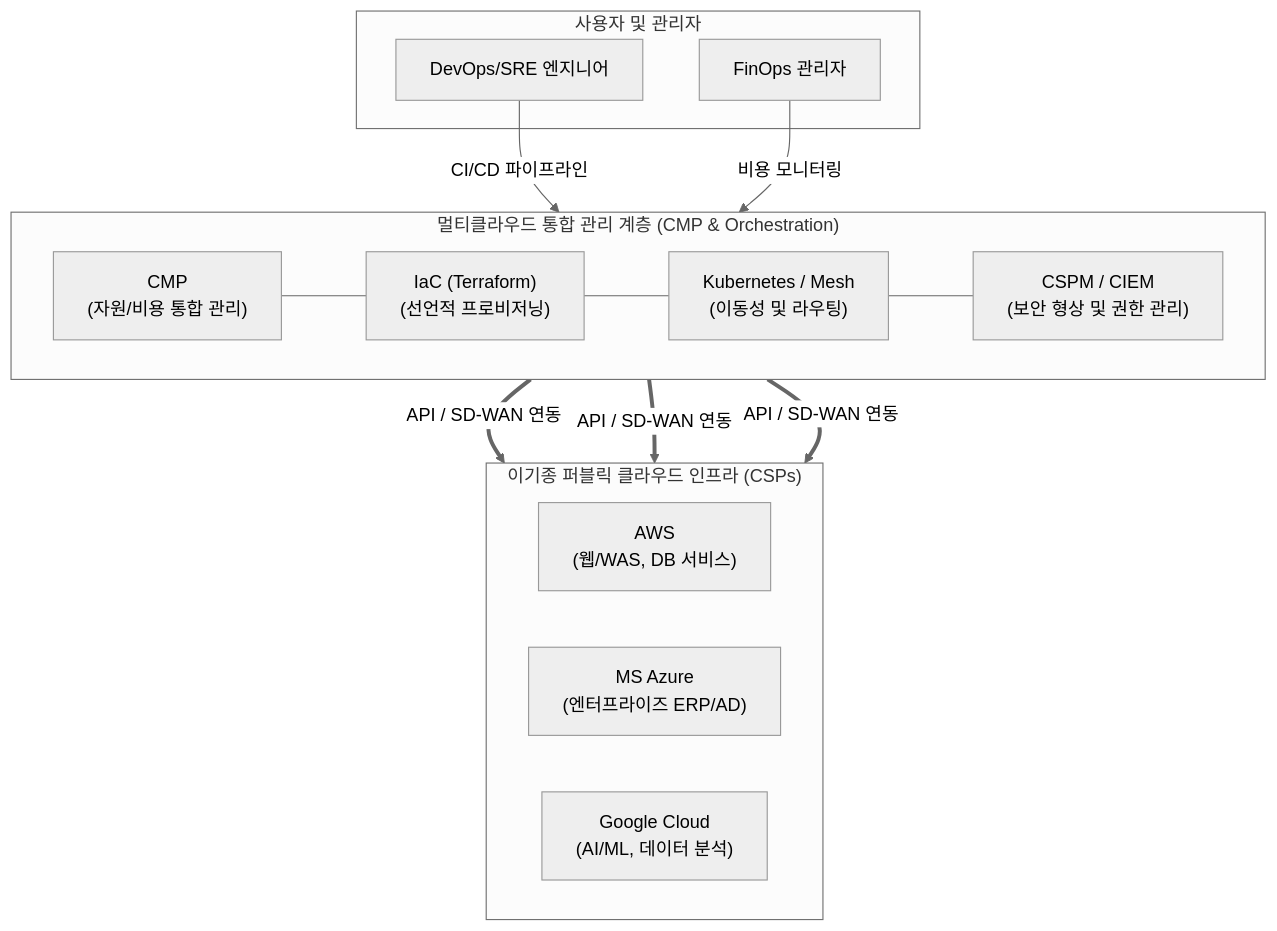
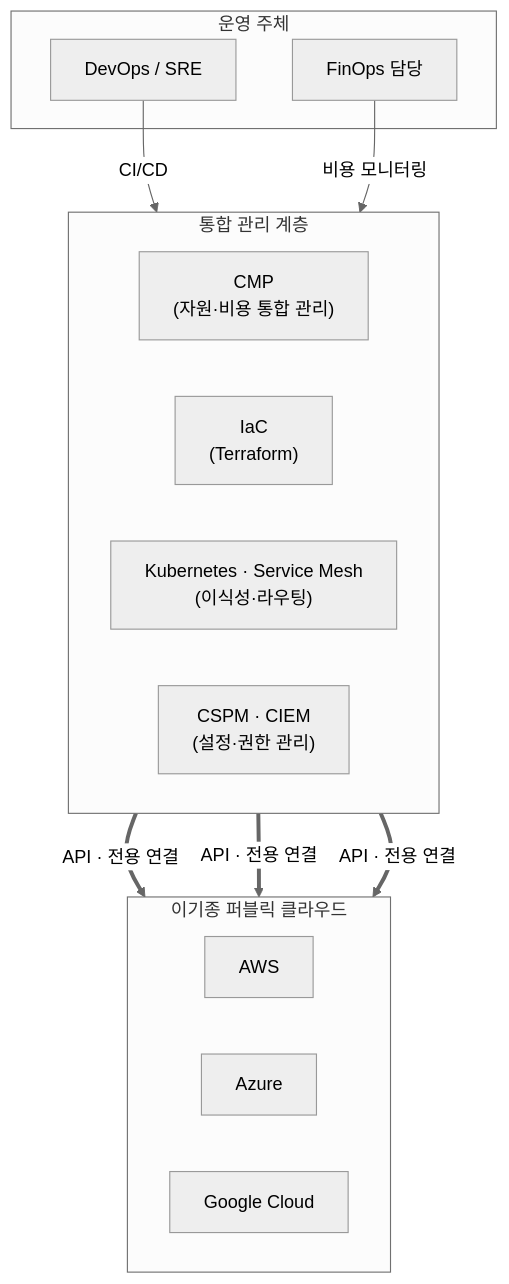
The diagram in content/01_IT Tech/멀티클라우드.md (supremethumb/supremethumb.github.io), drawn with Mermaid (neutral theme) before and after one commit. The commit also changed other lines of this file and 1087 other files, not shown here.

````diff
--- a/content/01_IT Tech/멀티클라우드.md
+++ b/content/01_IT Tech/멀티클라우드.md
@@ -27,34 +34,28 @@
 ```mermaid
 flowchart TB
-    subgraph Users["사용자 및 관리자"]
-        DEV["DevOps/SRE 엔지니어"]
-        FIN["FinOps 관리자"]
+    subgraph Users["운영 주체"]
+        DEV["DevOps / SRE"]
+        FIN["FinOps 담당"]
     end
 
-    subgraph Management["멀티클라우드 통합 관리 계층 (CMP & Orchestration)"]
+    subgraph Management["통합 관리 계층"]
         direction LR
-        CMP["CMP<br/>(자원/비용 통합 관리)"]
-        IaC["IaC (Terraform)<br/>(선언적 프로비저닝)"]
-        K8S["Kubernetes / Mesh<br/>(이동성 및 라우팅)"]
-        SEC["CSPM / CIEM<br/>(보안 형상 및 권한 관리)"]
-        
-        CMP --- IaC
-        IaC --- K8S
-        K8S --- SEC
+        CMP["CMP<br/>(자원·비용 통합 관리)"]
+        IaC["IaC<br/>(Terraform)"]
+        K8S["Kubernetes · Service Mesh<br/>(이식성·라우팅)"]
+        SEC["CSPM · CIEM<br/>(설정·권한 관리)"]
     end
 
-    subgraph Infrastructure["이기종 퍼블릭 클라우드 인프라 (CSPs)"]
+    subgraph Infrastructure["이기종 퍼블릭 클라우드"]
         direction LR
-        AWS["AWS<br/>(웹/WAS, DB 서비스)"]
-        AZURE["MS Azure<br/>(엔터프라이즈 ERP/AD)"]
-        GCP["Google Cloud<br/>(AI/ML, 데이터 분석)"]
+        AWS["AWS"]
+        AZURE["Azure"]
+        GCP["Google Cloud"]
     end
 
-    DEV --> |"CI/CD 파이프라인"| Management
-    FIN --> |"비용 모니터링"| Management
-    
-    Management == "API / SD-WAN 연동" ==> AWS
-    Management == "API / SD-WAN 연동" ==> AZURE
-    Management == "API / SD-WAN 연동" ==> GCP
-
+    DEV -->|"CI/CD"| Management
+    FIN -->|"비용 모니터링"| Management
+    Management == "API · 전용 연결" ==> AWS
+    Management == "API · 전용 연결" ==> AZURE
+    Management == "API · 전용 연결" ==> GCP
 ```
````
